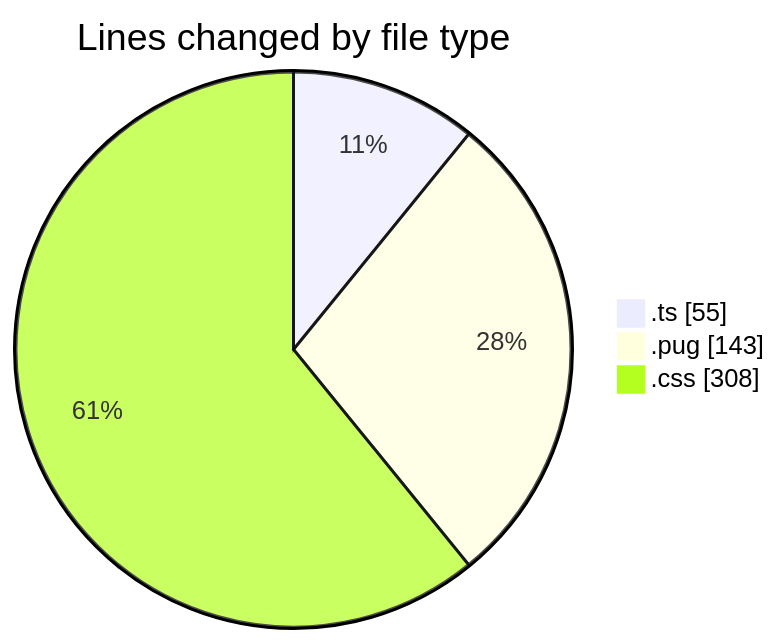
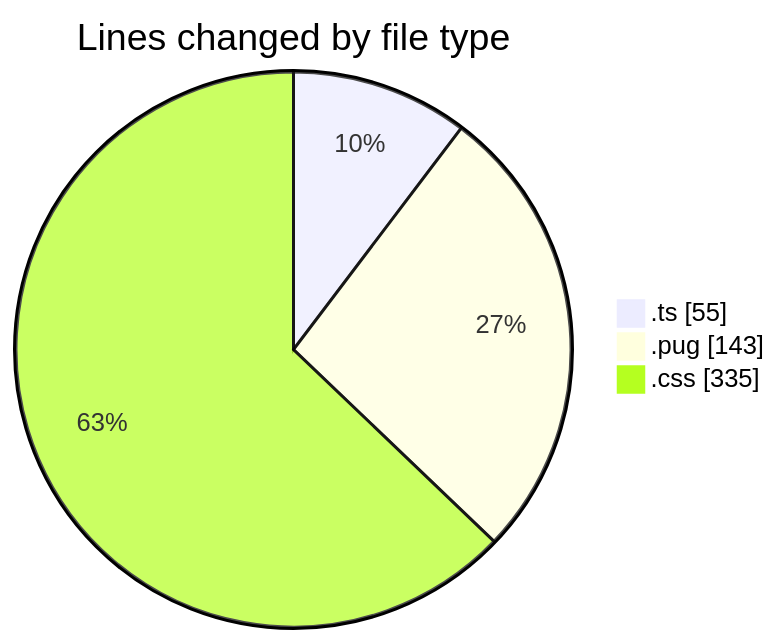
The first of 2 diagrams in 2025-10-31/cda/README.md (momahboobian/code-tracking), drawn with Mermaid before and after one commit. The commit also changed other lines of this file and 1 other file, not shown here.

````diff
--- a/2025-10-31/cda/README.md
+++ b/2025-10-31/cda/README.md
@@ -24,7 +24,7 @@
 ```mermaid
 pie showData
 title Lines changed by file type
 ".ts" : 55
 ".pug" : 143
-".css" : 308
+".css" : 335
 ```
````
